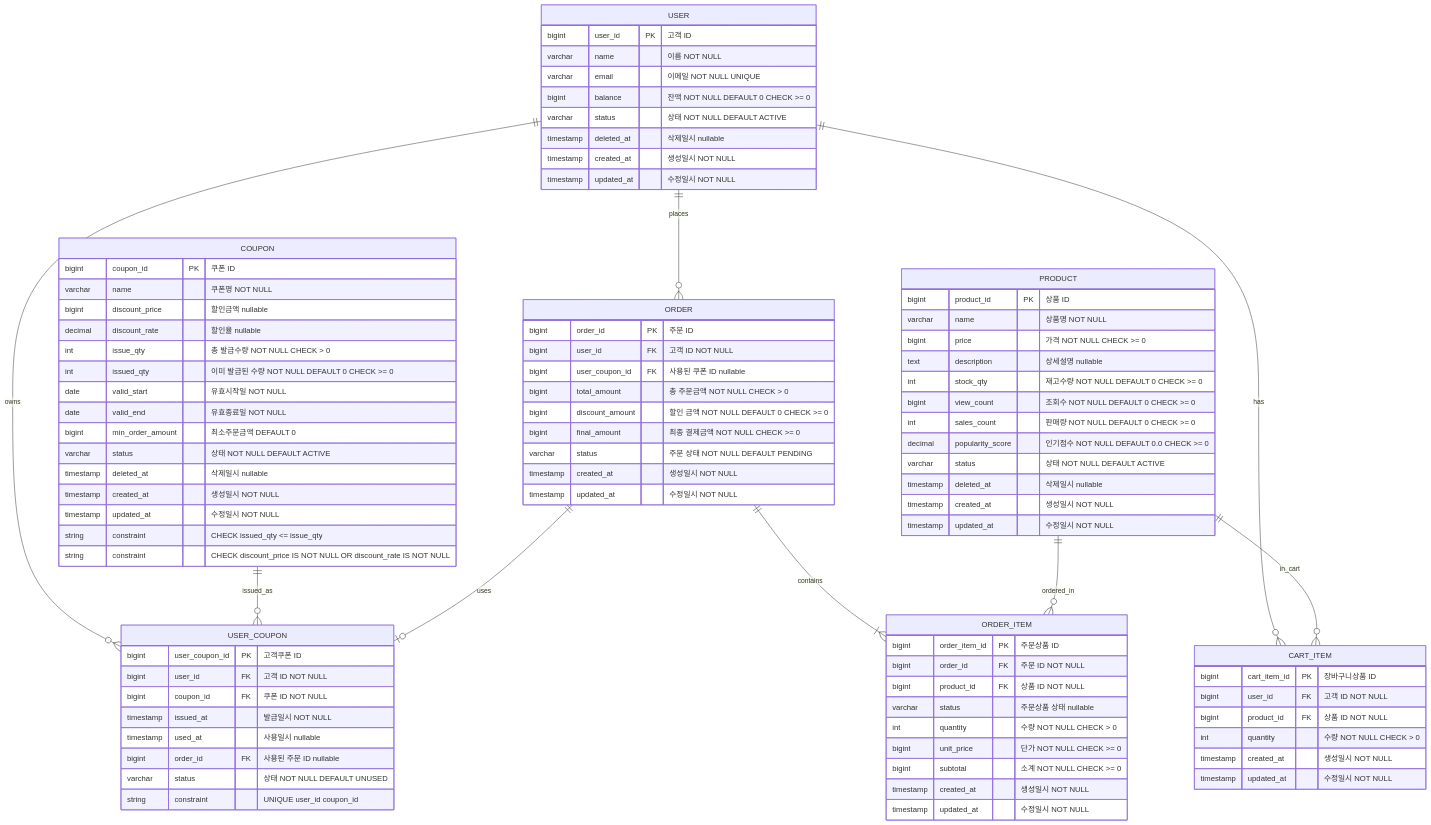
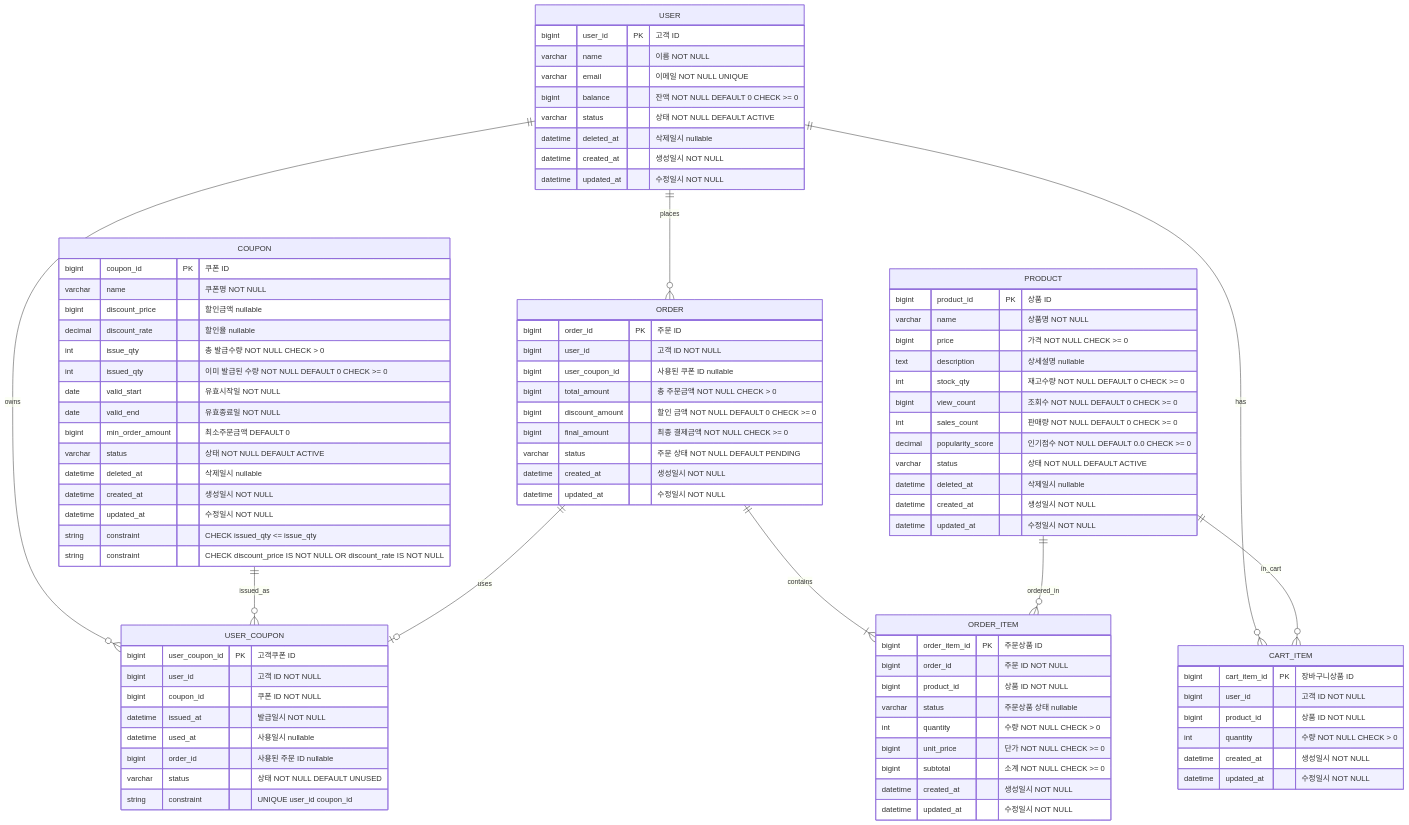
Before and after one commit to crocusia/e-commerce_hanghae99: the diagram in docs/api/database-schema.md, drawn with Mermaid. The commit also changed other lines of this file, not shown here.

Commit message:
[Refactor] erd fk 제거, datetime으로 변경

```diff
--- a/docs/api/database-schema.md
+++ b/docs/api/database-schema.md
@@ -16,47 +16,47 @@
 		varchar email "이메일 NOT NULL UNIQUE"  
 		bigint balance "잔액 NOT NULL DEFAULT 0 CHECK >= 0"  
 		varchar status "상태 NOT NULL DEFAULT ACTIVE"
-		timestamp deleted_at "삭제일시 nullable"
-		timestamp created_at "생성일시 NOT NULL"  
-		timestamp updated_at "수정일시 NOT NULL"  
+		datetime deleted_at "삭제일시 nullable"
+		datetime created_at "생성일시 NOT NULL"  
+		datetime updated_at "수정일시 NOT NULL"  
 	}
     CART_ITEM {
 		bigint cart_item_id PK "장바구니상품 ID"  
-		bigint user_id FK "고객 ID NOT NULL"  
-		bigint product_id FK "상품 ID NOT NULL"  
+		bigint user_id "고객 ID NOT NULL"  
+		bigint product_id "상품 ID NOT NULL"  
 		int quantity "수량 NOT NULL CHECK > 0"  
-		timestamp created_at "생성일시 NOT NULL"  
-		timestamp updated_at "수정일시 NOT NULL"  
+		datetime created_at "생성일시 NOT NULL"  
+		datetime updated_at "수정일시 NOT NULL"  
 	}
 	ORDER {
 		bigint order_id PK "주문 ID"  
-		bigint user_id FK "고객 ID NOT NULL"  
-		bigint user_coupon_id FK "사용된 쿠폰 ID nullable"
+		bigint user_id "고객 ID NOT NULL"  
+		bigint user_coupon_id "사용된 쿠폰 ID nullable"
 		bigint total_amount "총 주문금액 NOT NULL CHECK > 0"  
 		bigint discount_amount "할인 금액 NOT NULL DEFAULT 0 CHECK >= 0"  
 		bigint final_amount "최종 결제금액 NOT NULL CHECK >= 0"  
 		varchar status "주문 상태 NOT NULL DEFAULT PENDING"
-		timestamp created_at "생성일시 NOT NULL"  
-		timestamp updated_at "수정일시 NOT NULL"  
+		datetime created_at "생성일시 NOT NULL"  
+		datetime updated_at "수정일시 NOT NULL"  
 	}
 	ORDER_ITEM {
 		bigint order_item_id PK "주문상품 ID"  
-		bigint order_id FK "주문 ID NOT NULL"  
-		bigint product_id FK "상품 ID NOT NULL"  
+		bigint order_id "주문 ID NOT NULL"  
+		bigint product_id "상품 ID NOT NULL"  
 		varchar status "주문상품 상태 nullable"  
 		int quantity "수량 NOT NULL CHECK > 0"  
 		bigint unit_price "단가 NOT NULL CHECK >= 0"  
 		bigint subtotal "소계 NOT NULL CHECK >= 0"  
-		timestamp created_at "생성일시 NOT NULL"
-		timestamp updated_at "수정일시 NOT NULL"
+		datetime created_at "생성일시 NOT NULL"
+		datetime updated_at "수정일시 NOT NULL"
 	}
 	USER_COUPON {
 		bigint user_coupon_id PK "고객쿠폰 ID"  
-		bigint user_id FK "고객 ID NOT NULL"  
-		bigint coupon_id FK "쿠폰 ID NOT NULL"  
-		timestamp issued_at "발급일시 NOT NULL"  
-		timestamp used_at "사용일시 nullable"  
-		bigint order_id FK "사용된 주문 ID nullable"  
+		bigint user_id "고객 ID NOT NULL"  
+		bigint coupon_id "쿠폰 ID NOT NULL"  
+		datetime issued_at "발급일시 NOT NULL"  
+		datetime used_at "사용일시 nullable"  
+		bigint order_id "사용된 주문 ID nullable"  
 		varchar status "상태 NOT NULL DEFAULT UNUSED"  
 		string constraint "UNIQUE user_id coupon_id"
 	}
@@ -71,9 +71,9 @@
 		date valid_end "유효종료일 NOT NULL"  
 		bigint min_order_amount "최소주문금액 DEFAULT 0"  
 		varchar status "상태 NOT NULL DEFAULT ACTIVE"
-		timestamp deleted_at "삭제일시 nullable"
-		timestamp created_at "생성일시 NOT NULL"
-		timestamp updated_at "수정일시 NOT NULL"
+		datetime deleted_at "삭제일시 nullable"
+		datetime created_at "생성일시 NOT NULL"
+		datetime updated_at "수정일시 NOT NULL"
 		string constraint "CHECK issued_qty <= issue_qty"
 		string constraint "CHECK discount_price IS NOT NULL OR discount_rate IS NOT NULL"
 	}
@@ -87,9 +87,9 @@
         int sales_count "판매량 NOT NULL DEFAULT 0 CHECK >= 0"
         decimal popularity_score "인기점수 NOT NULL DEFAULT 0.0 CHECK >= 0"
 		varchar status "상태 NOT NULL DEFAULT ACTIVE"
-		timestamp deleted_at "삭제일시 nullable"
-		timestamp created_at "생성일시 NOT NULL"  
-		timestamp updated_at "수정일시 NOT NULL"  
+		datetime deleted_at "삭제일시 nullable"
+		datetime created_at "생성일시 NOT NULL"  
+		datetime updated_at "수정일시 NOT NULL"  
 	}
     USER ||--o{ ORDER : "places"
     USER ||--o{ USER_COUPON : "owns"
```
